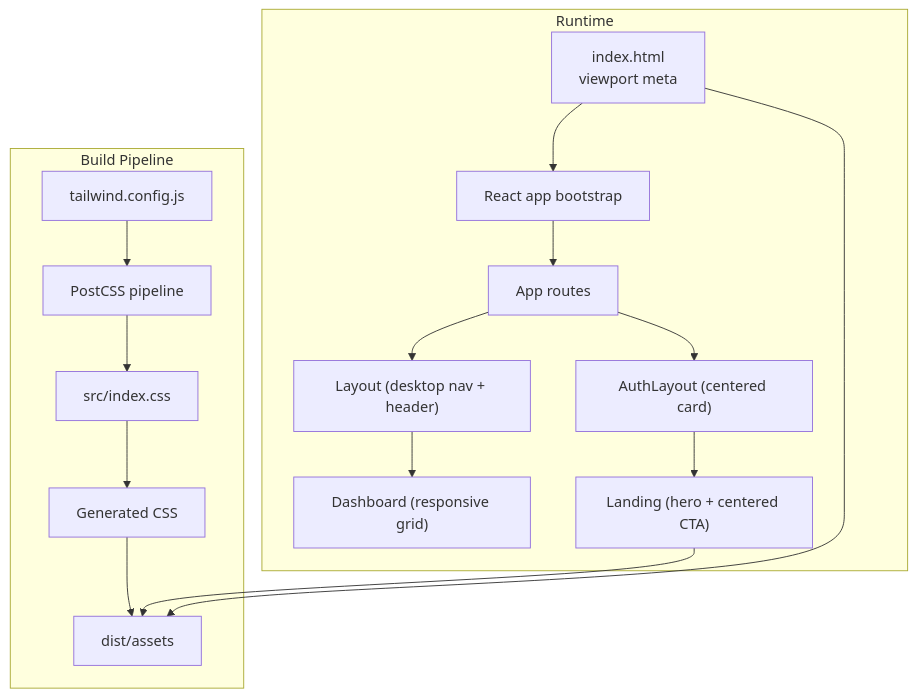
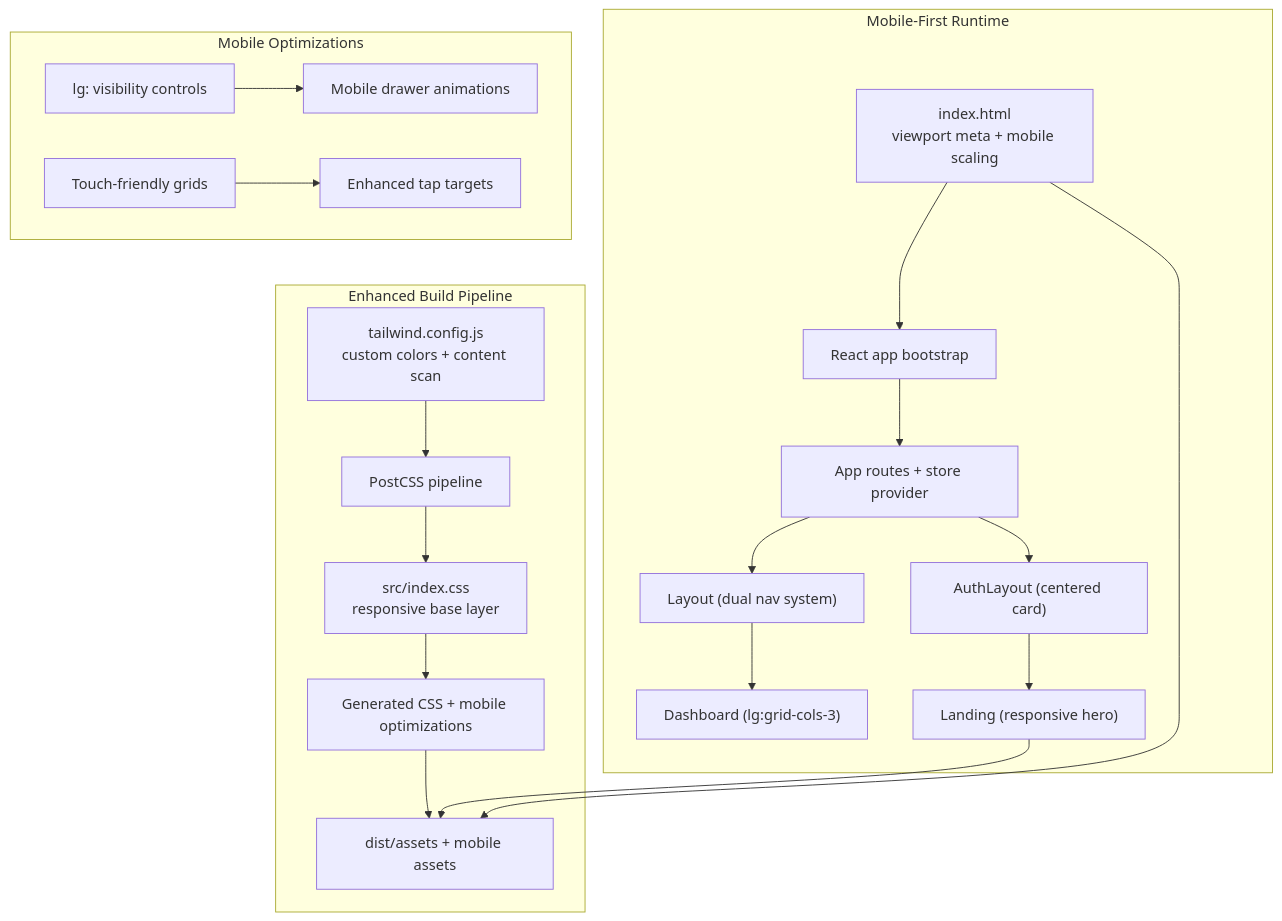
The second of 4 diagrams in .qoder/repowiki/en/content/Mobile & Web Deployment/Responsive Design & Mobile Optimization.md (netdaniel/serveflow), drawn with Mermaid before and after one commit. The commit also changed other lines of this file and 12 other files, not shown here.

````diff
--- a/.qoder/repowiki/en/content/Mobile & Web Deployment/Responsive Design & Mobile Optimization.md
+++ b/.qoder/repowiki/en/content/Mobile & Web Deployment/Responsive Design & Mobile Optimization.md
@@ -108,19 +131,23 @@
 ```mermaid
 graph TB
-subgraph "Runtime"
-R1["index.html<br/>viewport meta"] --> R2["React app bootstrap"]
-R2 --> R3["App routes"]
-R3 --> R4["Layout (desktop nav + header)"]
+subgraph "Mobile-First Runtime"
+R1["index.html<br/>viewport meta + mobile scaling"] --> R2["React app bootstrap"]
+R2 --> R3["App routes + store provider"]
+R3 --> R4["Layout (dual nav system)"]
 R3 --> R5["AuthLayout (centered card)"]
-R4 --> R6["Dashboard (responsive grid)"]
-R5 --> R7["Landing (hero + centered CTA)"]
+R4 --> R6["Dashboard (lg:grid-cols-3)"]
+R5 --> R7["Landing (responsive hero)"]
 end
-subgraph "Build Pipeline"
-B1["tailwind.config.js"] --> B2["PostCSS pipeline"]
-B2 --> B3["src/index.css"]
-B3 --> B4["Generated CSS"]
-B4 --> B5["dist/assets"]
+subgraph "Enhanced Build Pipeline"
+B1["tailwind.config.js<br/>custom colors + content scan"] --> B2["PostCSS pipeline"]
+B2 --> B3["src/index.css<br/>responsive base layer"]
+B3 --> B4["Generated CSS + mobile optimizations"]
+B4 --> B5["dist/assets + mobile assets"]
 end
 R1 --> B5
 R7 --> B5
+subgraph "Mobile Optimizations"
+M1["lg: visibility controls"] --> M2["Mobile drawer animations"]
+M3["Touch-friendly grids"] --> M4["Enhanced tap targets"]
+end
 ```
````
